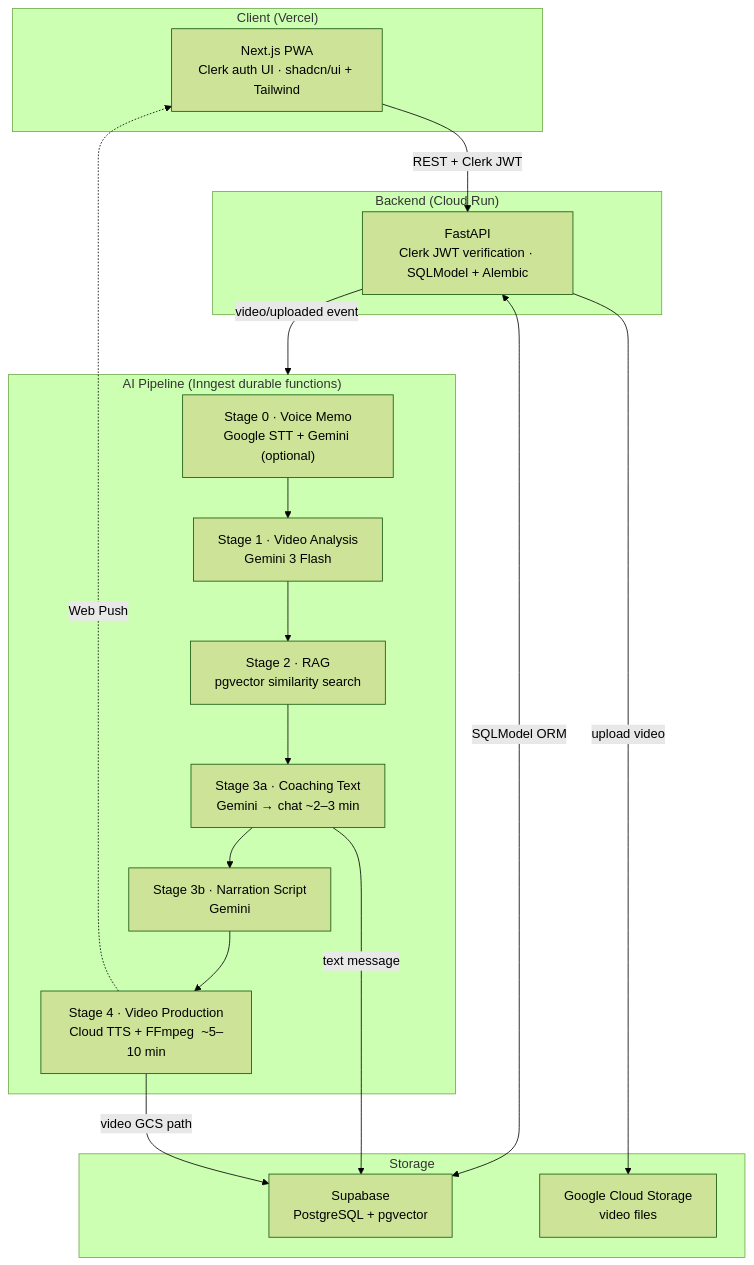
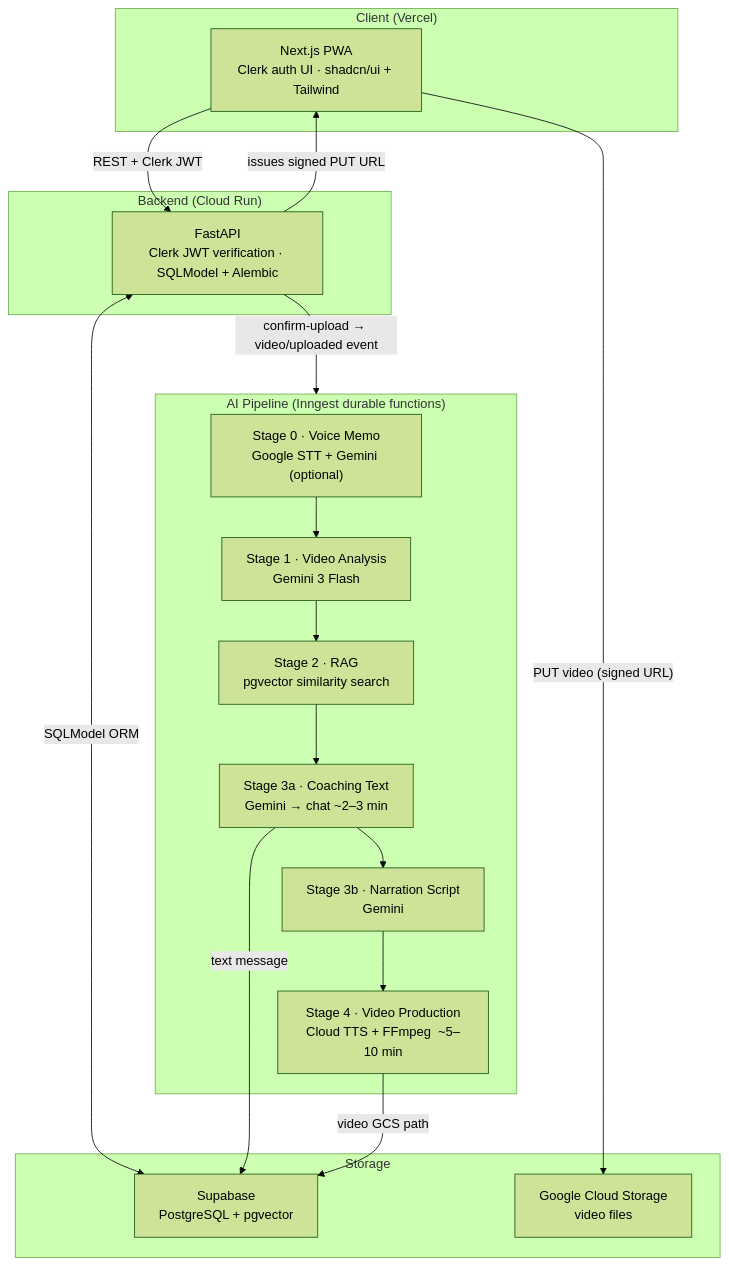
The diagram in README.md (TheIllusionOfLife/moment_clone), drawn with Mermaid (forest theme) before and after one commit. The commit also changed other lines of this file and 8 other files, not shown here.

````diff
--- a/README.md
+++ b/README.md
@@ -7,33 +7,33 @@
 ```mermaid
 graph TB
     subgraph Client["Client (Vercel)"]
         PWA["Next.js PWA\nClerk auth UI · shadcn/ui + Tailwind"]
     end
 
     subgraph Backend["Backend (Cloud Run)"]
         API["FastAPI\nClerk JWT verification · SQLModel + Alembic"]
     end
 
     subgraph Storage["Storage"]
         DB["Supabase\nPostgreSQL + pgvector"]
         GCS["Google Cloud Storage\nvideo files"]
     end
 
     subgraph Pipeline["AI Pipeline (Inngest durable functions)"]
         S0["Stage 0 · Voice Memo\nGoogle STT + Gemini (optional)"]
         S1["Stage 1 · Video Analysis\nGemini 3 Flash"]
         S2["Stage 2 · RAG\npgvector similarity search"]
         S3a["Stage 3a · Coaching Text\nGemini → chat  ~2–3 min"]
         S3b["Stage 3b · Narration Script\nGemini"]
         S4["Stage 4 · Video Production\nCloud TTS + FFmpeg  ~5–10 min"]
         S0 --> S1 --> S2 --> S3a --> S3b --> S4
     end
 
     PWA -->|"REST + Clerk JWT"| API
+    PWA -->|"PUT video (signed URL)"| GCS
     API <-->|"SQLModel ORM"| DB
-    API -->|"upload video"| GCS
-    API -->|"video/uploaded event"| Pipeline
+    API -->|"issues signed PUT URL"| PWA
+    API -->|"confirm-upload → video/uploaded event"| Pipeline
     S3a -->|"text message"| DB
     S4 -->|"video GCS path"| DB
-    S4 -.->|"Web Push"| PWA
 ```
````
